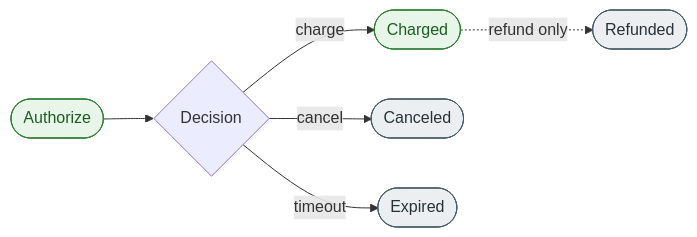
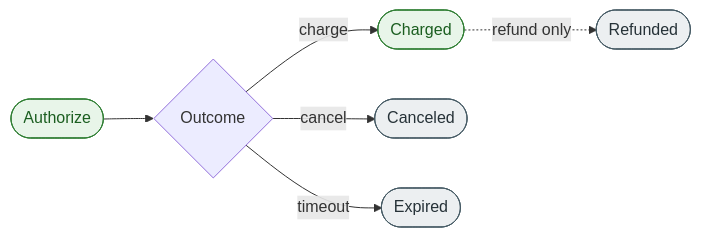
One commit to nelly-welly/sample-test changed the diagram in docs/concept-topics/cancel-overview.md. Above: the diagram before and after it, drawn with Mermaid. The commit also changed other lines of this file and 4 other files, not shown here.

````diff
--- a/docs/concept-topics/cancel-overview.md
+++ b/docs/concept-topics/cancel-overview.md
@@ -34,13 +34,13 @@
 ```mermaid
 flowchart LR
-    A([Authorize]) --> B{Decision}
+    A([Authorize]) --> B{Outcome}
     B -- charge --> C([Charged])
     B -- cancel --> X([Canceled])
     B -- timeout --> Y([Expired])
     C -.refund only.-> Z([Refunded])
 
     classDef terminal fill:#eceff1,stroke:#455a64,color:#263238
     classDef money fill:#e8f5e9,stroke:#2e7d32,color:#1b5e20
     class X,Y,Z terminal
     class A,C money
 ```
````
